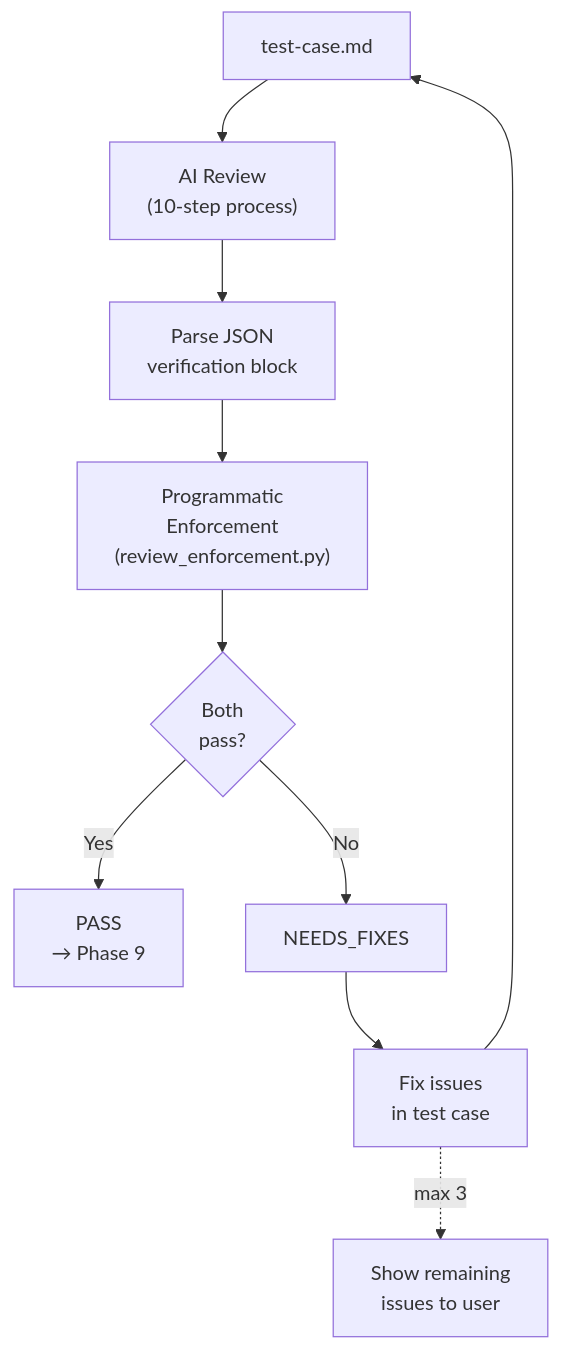
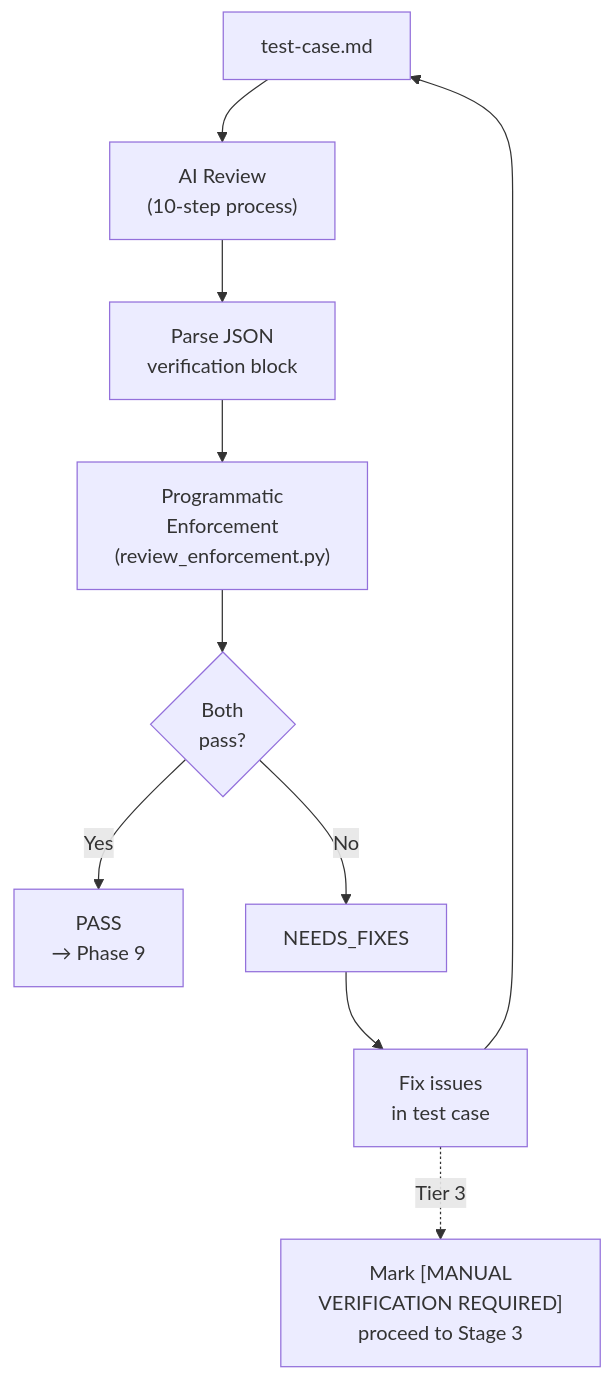
Before and after one commit to stolostron/acm-ai-qe: the seventh of 7 diagrams in docs/test-case-generator/07-SKILL-ARCHITECTURE.md, drawn with Mermaid. The commit also changed other lines of this file and 12 other files, not shown here.

````diff
--- a/docs/test-case-generator/07-SKILL-ARCHITECTURE.md
+++ b/docs/test-case-generator/07-SKILL-ARCHITECTURE.md
@@ -635,14 +635,14 @@
 ```mermaid
 flowchart TD
     TC[test-case.md] --> AIR["AI Review\n(10-step process)"]
     AIR --> JSON["Parse JSON\nverification block"]
     JSON --> PE["Programmatic\nEnforcement\n(review_enforcement.py)"]
     PE --> CHECK{Both\npass?}
 
     CHECK -->|Yes| PASS["PASS\n→ Phase 9"]
     CHECK -->|No| FIXES["NEEDS_FIXES"]
     FIXES --> FIX["Fix issues\nin test case"]
     FIX --> TC
 
-    FIX -.max 3.-> ABORT["Show remaining\nissues to user"]
+    FIX -.Tier 3.-> ABORT["Mark [MANUAL\nVERIFICATION REQUIRED]\nproceed to Stage 3"]
 ```
````
